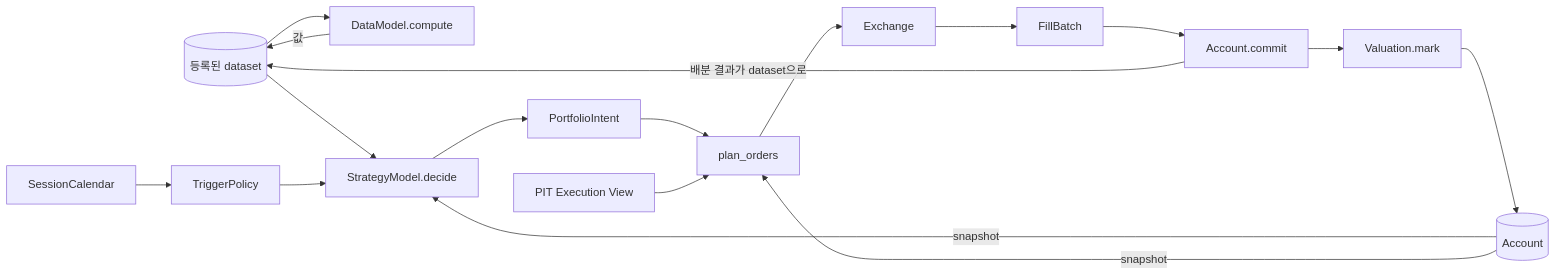
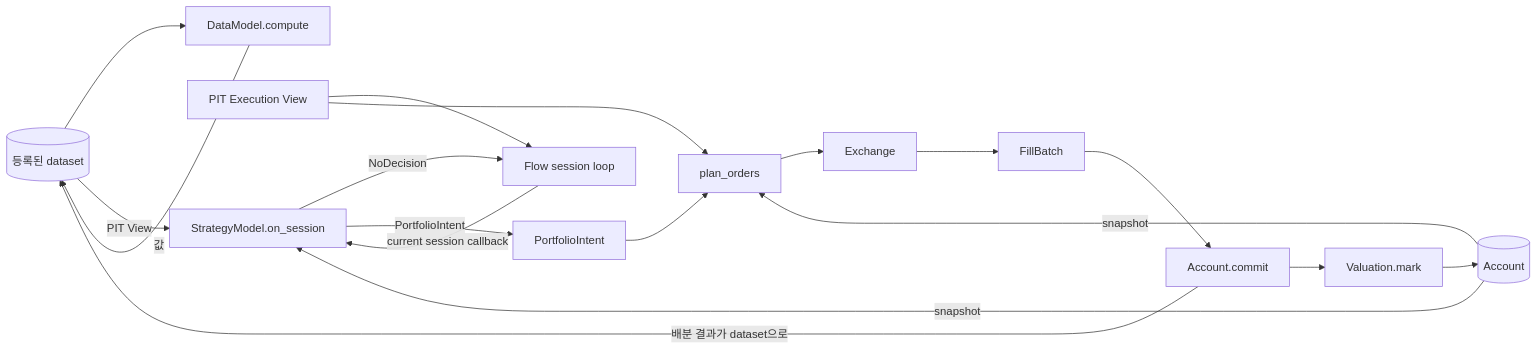
One commit to jaepil-choi/qlibx changed the diagram in docs/vqapr-architecture.md. Above: the diagram before and after it, drawn with Mermaid. The commit also changed other lines of this file and 26 other files, not shown here.

````diff
--- a/docs/vqapr-architecture.md
+++ b/docs/vqapr-architecture.md
@@ -14,19 +14,20 @@
 ```mermaid
 flowchart LR
     Raw[(등록된 dataset)] --> DM[DataModel.compute]
     DM -->|값| Raw
-    Raw --> S[StrategyModel.decide]
-    Cal[SessionCalendar] --> Trig[TriggerPolicy]
-    Trig --> S
+    ExecData[(ExecutionTable)] --> Loop[Flow session loop]
+    Loop -->|current session callback| S[StrategyModel.on_session]
+    Raw -->|PIT View| S
     Acc[(Account)] -->|snapshot| S
-    S --> I[PortfolioIntent]
+    S -->|NoDecision| Loop
+    S -->|PortfolioIntent| I[PortfolioIntent]
     I --> P[plan_orders]
     Acc -->|snapshot| P
     ExecData[PIT Execution View] --> P
     P --> X[Exchange]
     X --> F[FillBatch]
     F --> C[Account.commit]
     C --> M[Valuation.mark]
     M --> Acc
     C -->|배분 결과가 dataset으로| Raw
 ```
````
